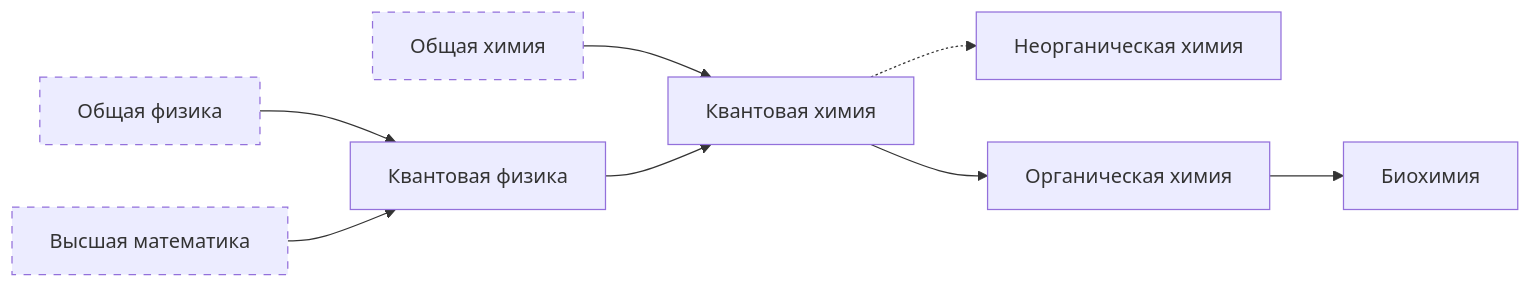
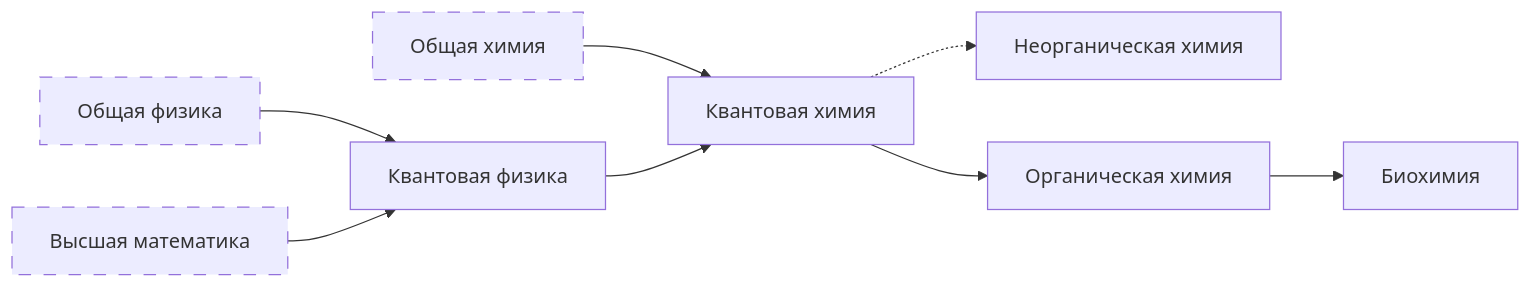
The diagram in learning-tracks.md (prozion/anti-aging-education), drawn with Mermaid before and after one commit.

````diff
--- a/learning-tracks.md
+++ b/learning-tracks.md
@@ -7,21 +7,21 @@
 ```mermaid
 flowchart LR;
     Mgen[Высшая математика]:::cond;
     Phgen[Общая физика]:::cond;
     Phq[Квантовая физика];
     Chgen[Общая химия]:::cond;
     Chnorg[Неорганическая химия];
     Chorg[Органическая химия];
     Chq[Квантовая химия];
     Bioch[Биохимия];
 
     Chgen --> Chq --> Chorg --> Bioch;
     Chq -.-> Chnorg;
     Phgen --> Phq --> Chq;
     Mgen --> Phq;
 
-    classDef cond stroke-dasharray:6,2;
+    classDef cond stroke-dasharray:10,1;
 
     click Chorg "https://github.com/prozion/anti-aging-education/#органическая-химия" _blank
     click Chq "https://github.com/prozion/anti-aging-education/#квантовая-химия" _blank
 ```
````
